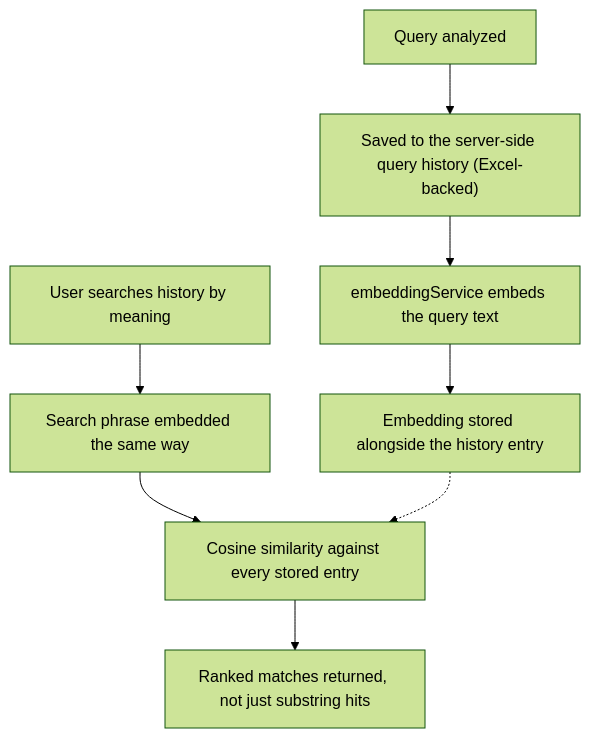
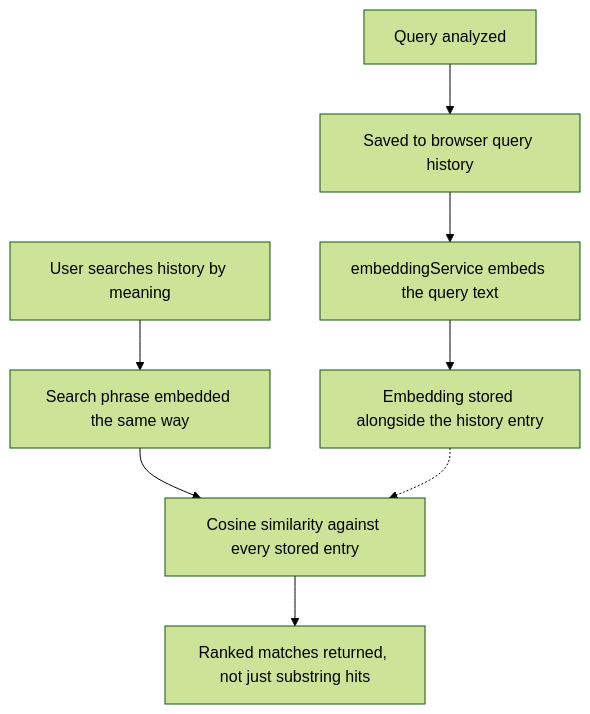
One commit to oscar20041998/sql-visualizer changed the sixth of 7 diagrams in README.md. Above: the diagram before and after it, drawn with Mermaid (forest theme). The commit also changed other lines of this file and 97 other files, not shown here.

````diff
--- a/README.md
+++ b/README.md
@@ -154,10 +154,10 @@
 ```mermaid
 flowchart TD
-    A[Query analyzed] --> B["Saved to the server-side query history (Excel-backed)"]
+    A[Query analyzed] --> B["Saved to browser query history"]
     B --> C["embeddingService embeds the query text"]
     C --> D["Embedding stored alongside the history entry"]
     E[User searches history by meaning] --> F["Search phrase embedded the same way"]
     F --> G["Cosine similarity against every stored entry"]
     G --> H["Ranked matches returned, not just substring hits"]
     D -.-> G
 ```
````
